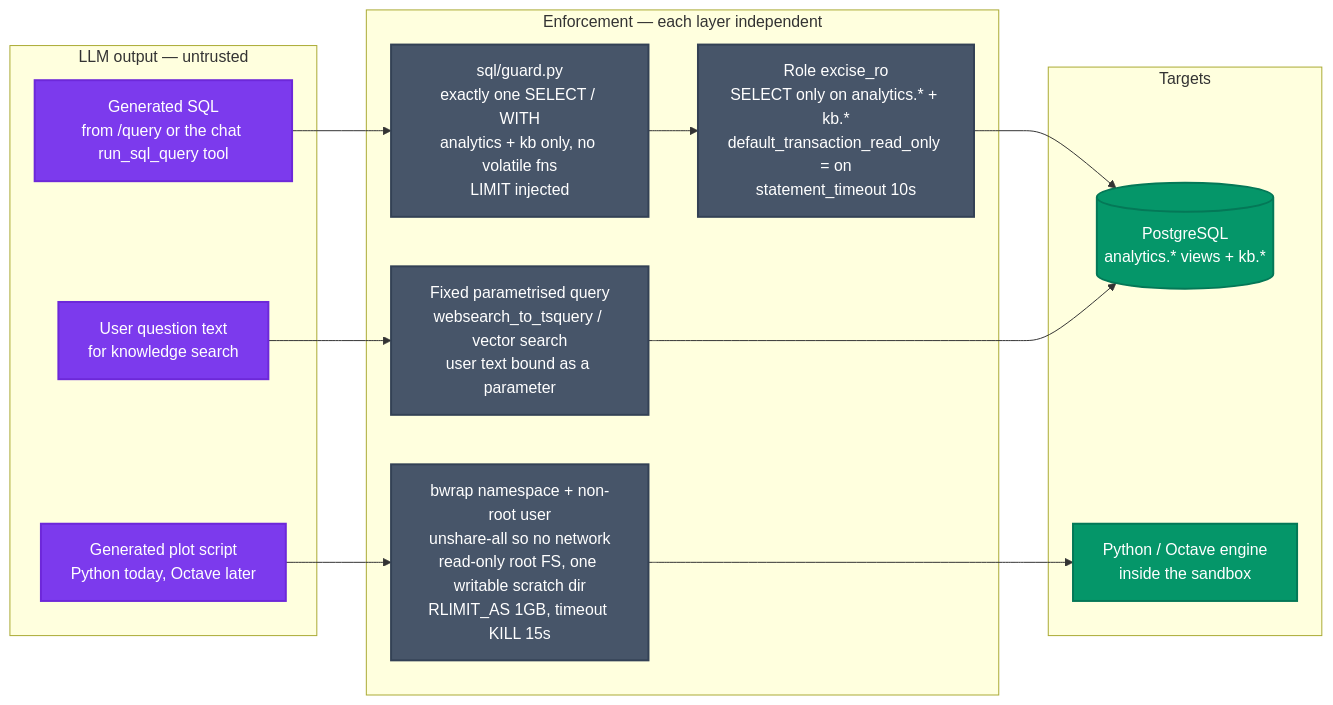
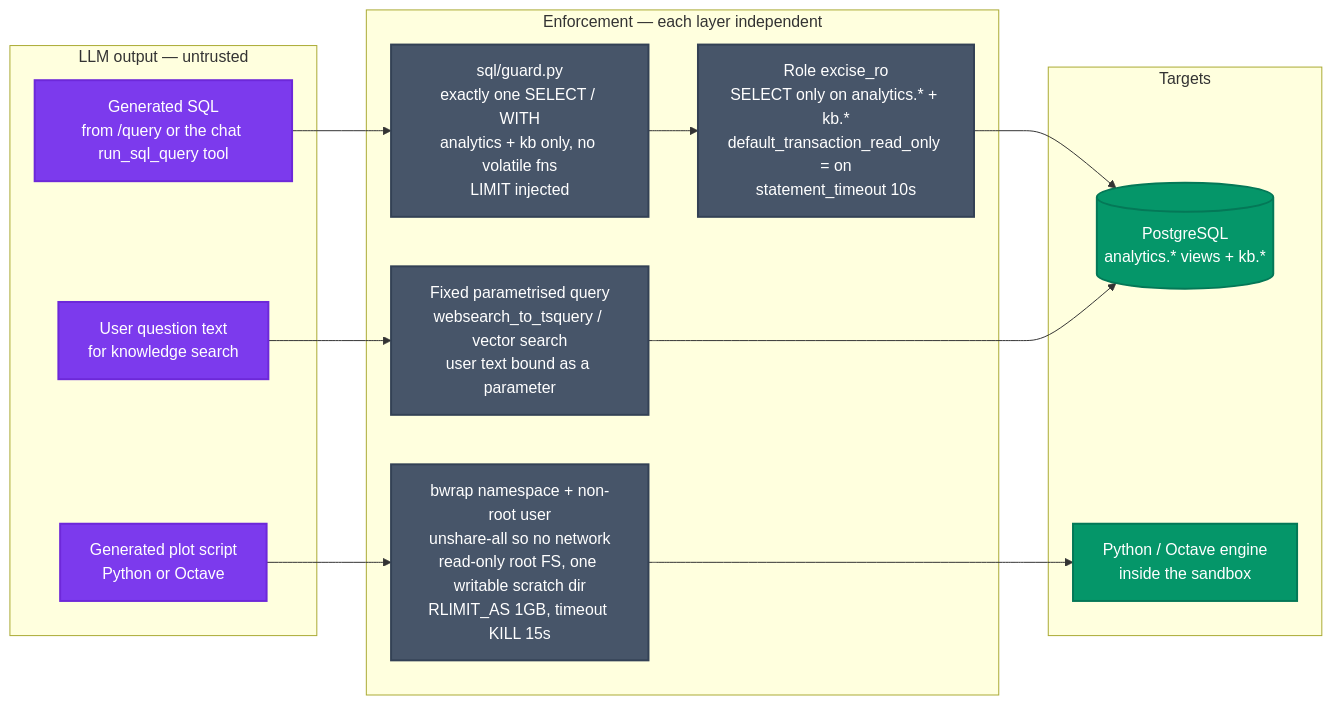
The fourth of 7 diagrams in ARCHITECTURE.md (SubhanRaj/excise-mcp-dashboard), drawn with Mermaid before and after one commit. The commit also changed other lines of this file and 12 other files, not shown here.

````diff
--- a/ARCHITECTURE.md
+++ b/ARCHITECTURE.md
@@ -379,32 +396,32 @@
 ```mermaid
 flowchart LR
     classDef safe fill:#059669,stroke:#047857,stroke-width:2px,color:#fff
     classDef gen fill:#7c3aed,stroke:#6d28d9,stroke-width:2px,color:#fff
     classDef box fill:#475569,stroke:#334155,stroke-width:2px,color:#fff
 
     subgraph Gen["LLM output — untrusted"]
         SQL["Generated SQL<br/>from /query or the chat run_sql_query tool"]:::gen
-        Script["Generated plot script<br/>Python today, Octave later"]:::gen
+        Script["Generated plot script<br/>Python or Octave"]:::gen
         Q["User question text<br/>for knowledge search"]:::gen
     end
 
     subgraph Enforce["Enforcement — each layer independent"]
         G1["sql/guard.py<br/>exactly one SELECT / WITH<br/>analytics + kb only, no volatile fns<br/>LIMIT injected"]:::box
         G2["Role excise_ro<br/>SELECT only on analytics.* + kb.*<br/>default_transaction_read_only = on<br/>statement_timeout 10s"]:::box
         G3["bwrap namespace + non-root user<br/>unshare-all so no network<br/>read-only root FS, one writable scratch dir<br/>RLIMIT_AS 1GB, timeout KILL 15s"]:::box
         G4["Fixed parametrised query<br/>websearch_to_tsquery / vector search<br/>user text bound as a parameter"]:::box
     end
 
     subgraph Targets["Targets"]
         DB[("PostgreSQL<br/>analytics.* views + kb.*")]:::safe
         Eng["Python / Octave engine<br/>inside the sandbox"]:::safe
     end
 
     SQL --> G1
     G1 --> G2
     G2 --> DB
     Script --> G3
     G3 --> Eng
     Q --> G4
     G4 --> DB
 ```
````
